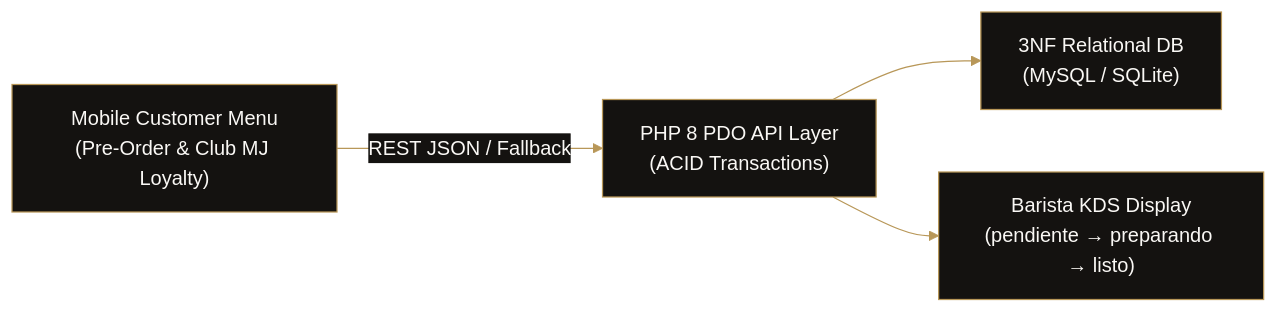
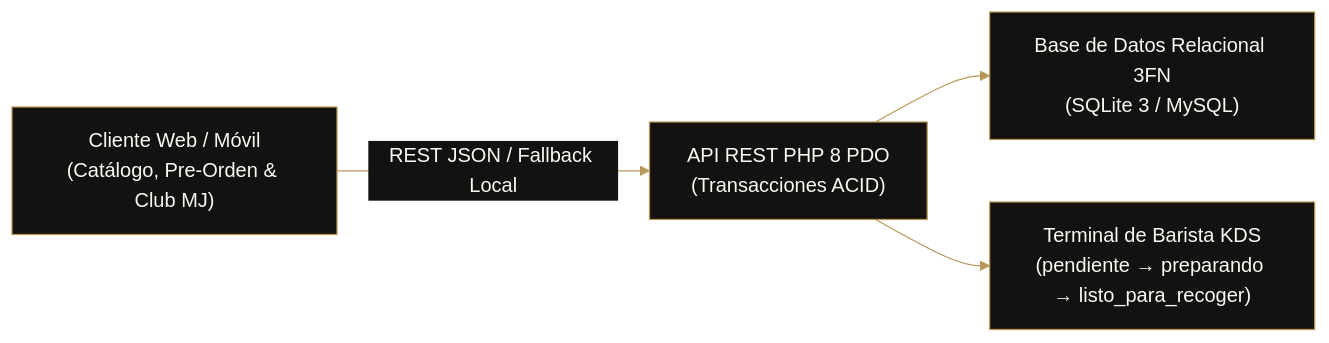
One commit to Xaol-Studio/mj-cafe changed the diagram in README.md. Above: the diagram before and after it, drawn with Mermaid. The commit also changed other lines of this file and 5 other files, not shown here.

````diff
--- a/README.md
+++ b/README.md
@@ -18,7 +20,7 @@
 ```mermaid
-%%{init: {'theme': 'base', 'themeVariables': { 'primaryColor': '#141210', 'primaryTextColor': '#FAF8F5', 'primaryBorderColor': '#B89758', 'lineColor': '#B89758', 'secondaryColor': '#1D1A16', 'tertiaryColor': '#0D0C0A', 'mainBkg': '#141210', 'nodeBorder': '#B89758', 'clusterBkg': '#0D0C0A', 'clusterBorder': '#262420', 'titleColor': '#D4B87A', 'edgeLabelBackground': '#141210', 'fontFamily': 'JetBrains Mono, Plus Jakarta Sans, sans-serif' }}}%%
+%%{init: {'theme': 'base', 'themeVariables': { 'primaryColor': '#141210', 'primaryTextColor': '#FAF8F5', 'primaryBorderColor': '#B89758', 'lineColor': '#B89758', 'secondaryColor': '#1D1A16', 'tertiaryColor': '#0D0C0A', 'mainBkg': '#141210', 'nodeBorder': '#B89758', 'clusterBkg': '#0D0C0A', 'clusterBorder': '#262420', 'titleColor': '#D4B87A', 'edgeLabelBackground': '#141210', 'fontFamily': 'JetBrains Mono, Inter, sans-serif' }}}%%
 flowchart LR
-    A["Mobile Customer Menu<br/>(Pre-Order & Club MJ Loyalty)"] -->|REST JSON / Fallback| B["PHP 8 PDO API Layer<br/>(ACID Transactions)"]
-    B --> C["3NF Relational DB<br/>(MySQL / SQLite)"]
-    B --> D["Barista KDS Display<br/>(pendiente → preparando → listo)"]
+    A["Cliente Web / Móvil<br/>(Catálogo, Pre-Orden & Club MJ)"] -->|REST JSON / Fallback Local| B["API REST PHP 8 PDO<br/>(Transacciones ACID)"]
+    B --> C["Base de Datos Relacional 3FN<br/>(SQLite 3 / MySQL)"]
+    B --> D["Terminal de Barista KDS<br/>(pendiente → preparando → listo_para_recoger)"]
 ```
````
